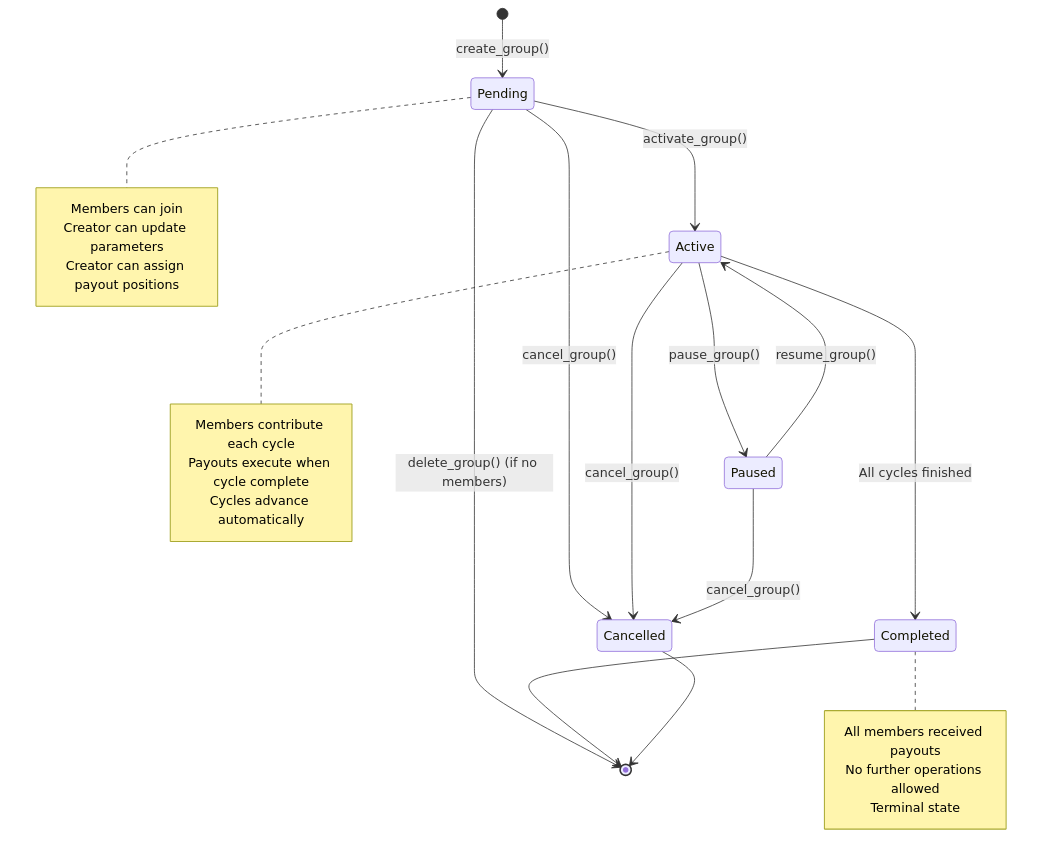
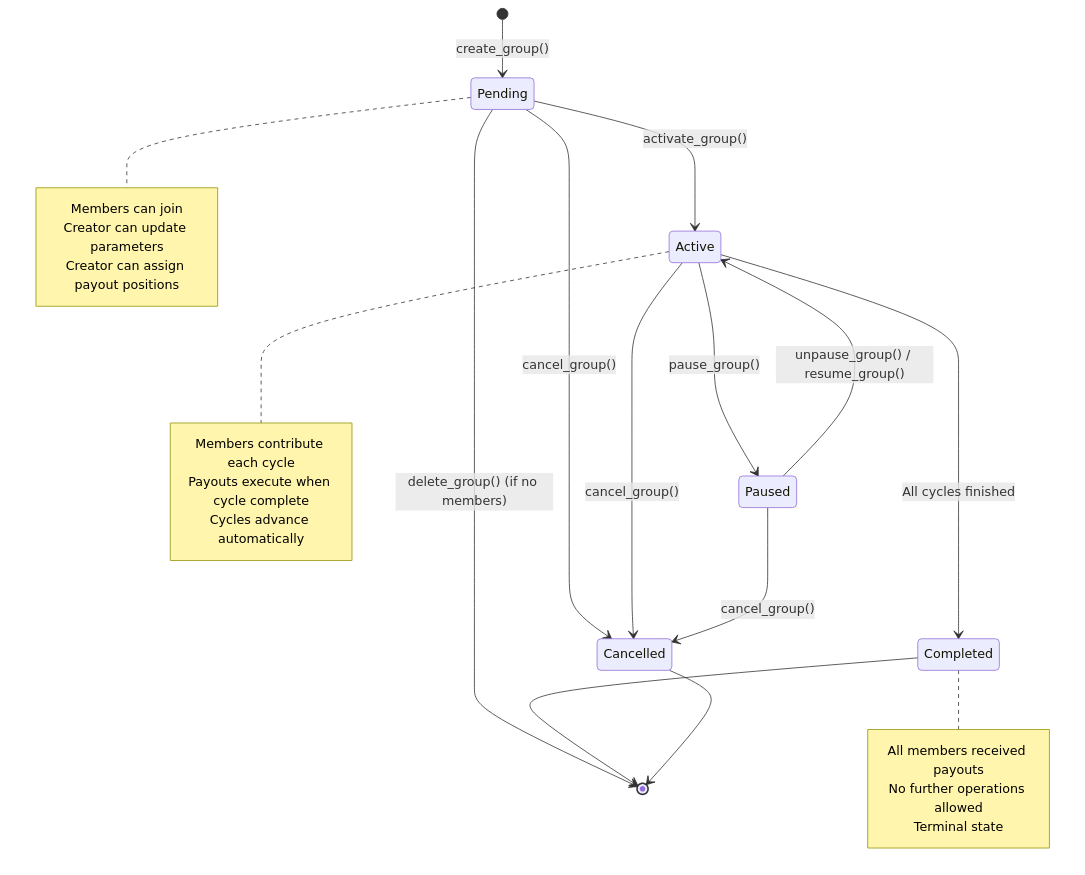
One commit to rejoicetukura-blip/Stellar-Save changed the fifth of 6 diagrams in docs/api-reference.md. Above: the diagram before and after it, drawn with Mermaid. The commit also changed other lines of this file and 5 other files, not shown here.

````diff
--- a/docs/api-reference.md
+++ b/docs/api-reference.md
@@ -1186,36 +1307,36 @@
 ```mermaid
 stateDiagram-v2
     [*] --> Pending: create_group()
     
     Pending --> Active: activate_group()
     Pending --> Cancelled: cancel_group()
     Pending --> [*]: delete_group() (if no members)
     
     Active --> Paused: pause_group()
     Active --> Completed: All cycles finished
     Active --> Cancelled: cancel_group()
     
-    Paused --> Active: resume_group()
+    Paused --> Active: unpause_group() / resume_group()
     Paused --> Cancelled: cancel_group()
     
     Completed --> [*]
     Cancelled --> [*]
     
     note right of Pending
         Members can join
         Creator can update parameters
         Creator can assign payout positions
     end note
     
     note right of Active
         Members contribute each cycle
         Payouts execute when cycle complete
         Cycles advance automatically
     end note
     
     note right of Completed
         All members received payouts
         No further operations allowed
         Terminal state
     end note
 ```
````
